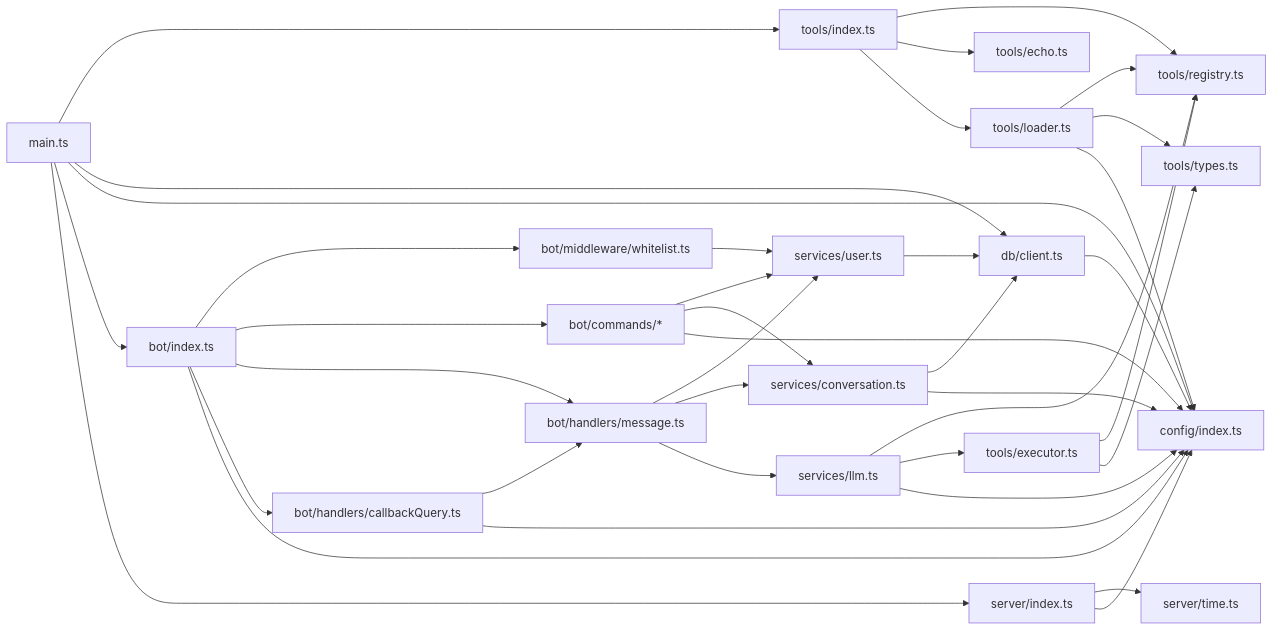
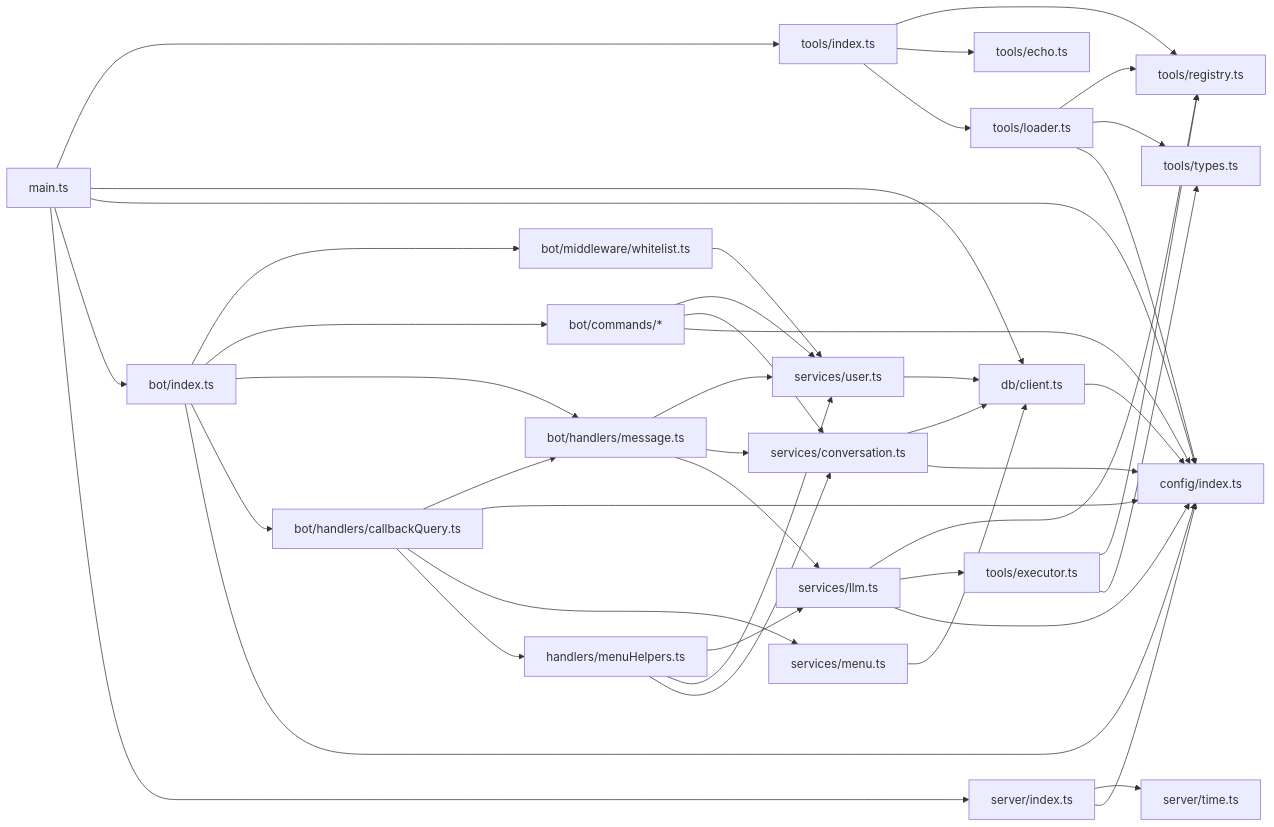
The ninth of 11 diagrams in docs/architecture.md (cutefly/chatbot-project), drawn with Mermaid before and after one commit. The commit also changed other lines of this file and 8 other files, not shown here.

````diff
--- a/docs/architecture.md
+++ b/docs/architecture.md
@@ -305,66 +305,72 @@
 ```mermaid
 graph LR
     main["main.ts"]
     ti["tools/index.ts"]
     tl["tools/loader.ts"]
     tr["tools/registry.ts"]
     te["tools/executor.ts"]
     tt["tools/types.ts"]
     echo["tools/echo.ts"]
     bi["bot/index.ts"]
     wl["bot/middleware/whitelist.ts"]
     cmd["bot/commands/*"]
     mh["bot/handlers/message.ts"]
     cq["bot/handlers/callbackQuery.ts"]
     si["server/index.ts"]
     st["server/time.ts"]
     us["services/user.ts"]
     cs["services/conversation.ts"]
     ls["services/llm.ts"]
     db["db/client.ts"]
     cfg["config/index.ts"]
 
     main --> ti
     main --> db
     main --> cfg
     main --> bi
     main --> si
 
     ti --> tr
     ti --> echo
     ti --> tl
     tl --> tr
     tl --> tt
     tl --> cfg
 
     bi --> wl
     bi --> cmd
     bi --> mh
     bi --> cq
     bi --> cfg
 
     wl --> us
     cmd --> us
     cmd --> cs
     cmd --> cfg
     mh --> us
     mh --> cs
     mh --> ls
     cq --> mh
     cq --> cfg
 
     si --> st
     si --> cfg
 
     ls --> tr
     ls --> te
     ls --> cfg
 
     te --> tr
     te --> tt
 
     us --> db
     cs --> db
     cs --> cfg
     db --> cfg
+    ms["services/menu.ts"] --> db
+    cq --> ms
+    cq --> mh2["handlers/menuHelpers.ts"]
+    mh2 --> ls
+    mh2 --> us
+    mh2 --> cs
 ```
````
